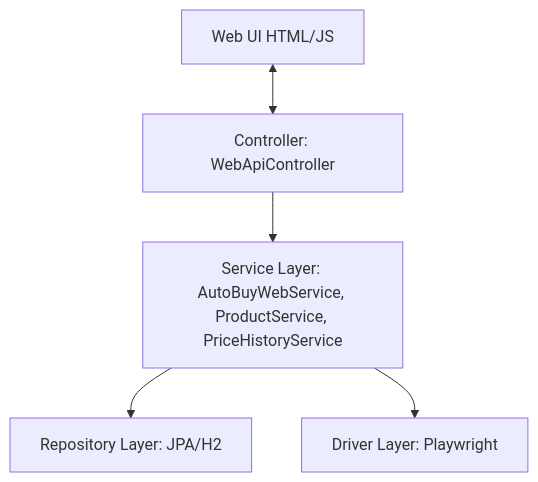
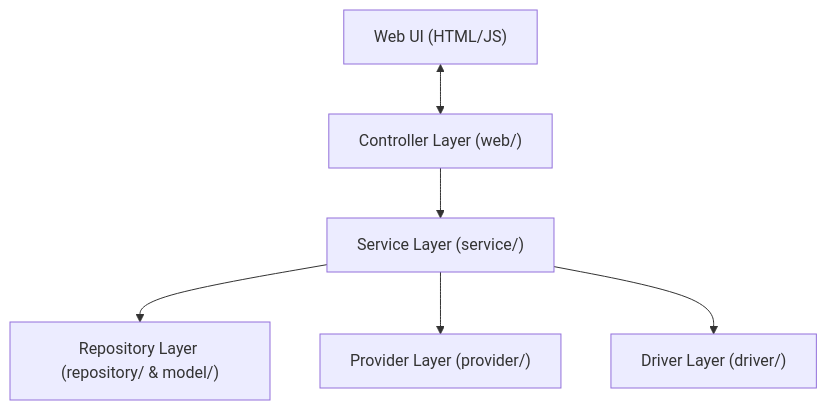
The diagram in README.md (marcelosbar/supermarket-autobuy), drawn with Mermaid before and after one commit. The commit also changed other lines of this file and 10 other files, not shown here.

First line of the commit message:
docs: standardize AI agent architecture guidelines and add package-info.java

````diff
--- a/README.md
+++ b/README.md
@@ -70,7 +70,8 @@
 ```mermaid
 graph TD
-    UI[Web UI HTML/JS] <--> Controller[Controller: WebApiController]
-    Controller --> Service[Service Layer: AutoBuyWebService, ProductService, PriceHistoryService]
-    Service --> Repo[Repository Layer: JPA/H2]
-    Service --> Driver[Driver Layer: Playwright]
+    UI["Web UI (HTML/JS)"] <--> Controller["Controller Layer (web/)"]
+    Controller --> Service["Service Layer (service/)"]
+    Service --> Repo["Repository Layer (repository/ & model/)"]
+    Service --> Provider["Provider Layer (provider/)"]
+    Service --> Driver["Driver Layer (driver/)"]
 ```
````
